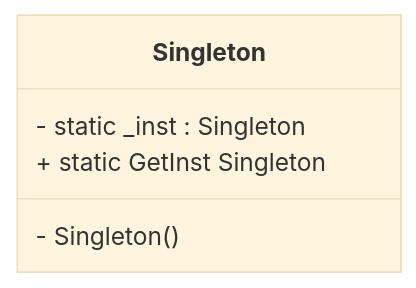
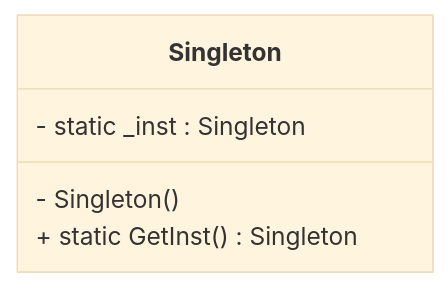
Before and after one commit to skqu/pbi25AppII: the diagram in Lektion 13/slidev/pages/4.1 solution.md, drawn with Mermaid (base theme). The commit also changed 40 other files, not shown here.

````diff
--- a/Lektion 13/slidev/pages/4.1 solution.md
+++ b/Lektion 13/slidev/pages/4.1 solution.md
@@ -33,8 +33,8 @@
 ```mermaid
 classDiagram
 class Singleton{
     - static _inst : Singleton
     - Singleton()
-    + static GetInst Singleton 
+    + static GetInst() Singleton 
 }
 ```
````
